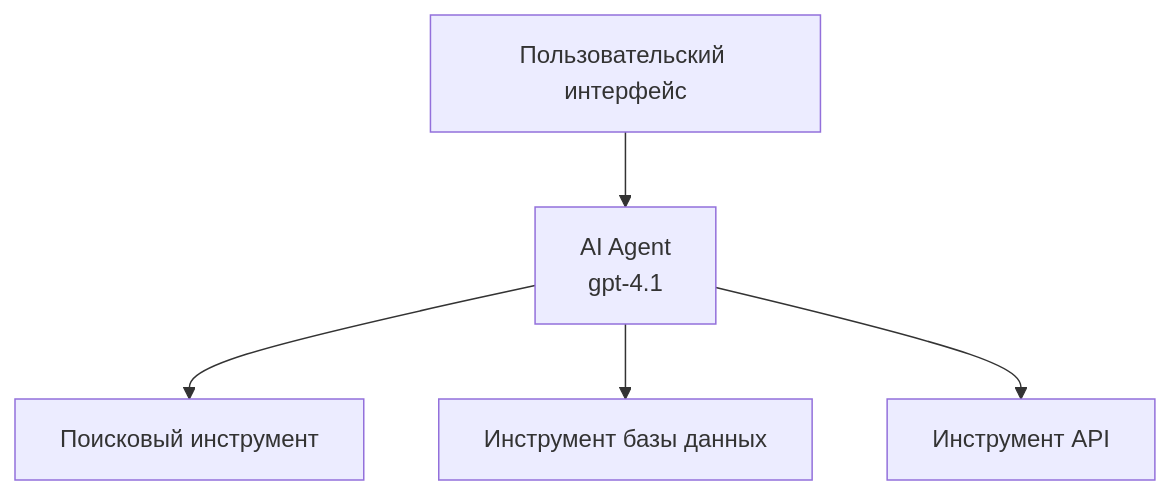
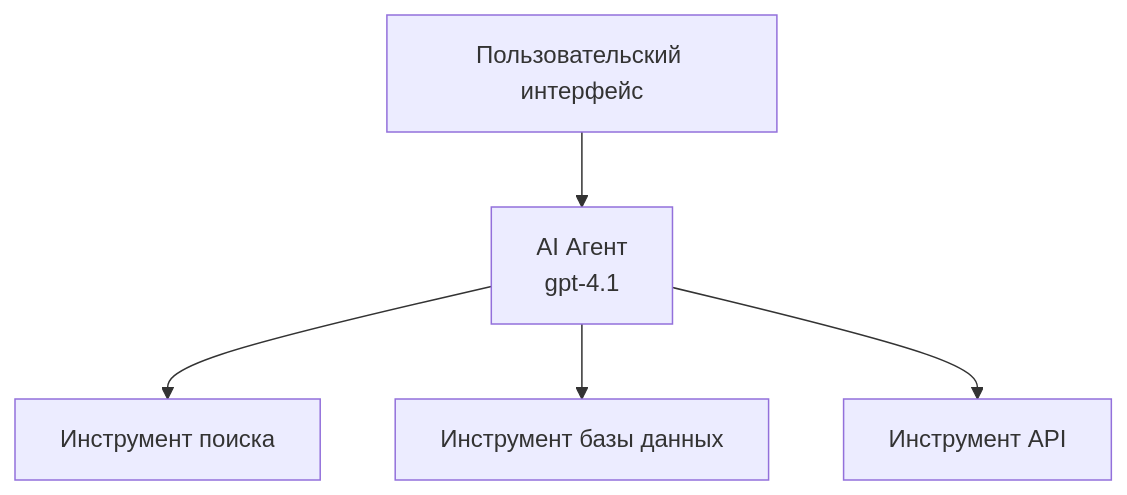
One commit to microsoft/AZD-for-beginners changed the first of 3 diagrams in translations/ru/docs/chapter-02-ai-development/agents.md. Above: the diagram before and after it, drawn with Mermaid. The commit also changed other lines of this file and 104 other files, not shown here.

````diff
--- a/translations/ru/docs/chapter-02-ai-development/agents.md
+++ b/translations/ru/docs/chapter-02-ai-development/agents.md
@@ -157,7 +162,7 @@
 ```mermaid
 graph TD
-    UI[Пользовательский интерфейс] --> Agent[AI Agent<br/>gpt-4.1]
-    Agent --> Search[Поисковый инструмент]
+    UI[Пользовательский интерфейс] --> Agent[AI Агент<br/>gpt-4.1]
+    Agent --> Search[Инструмент поиска]
     Agent --> Database[Инструмент базы данных]
     Agent --> API[Инструмент API]
 ```
````
